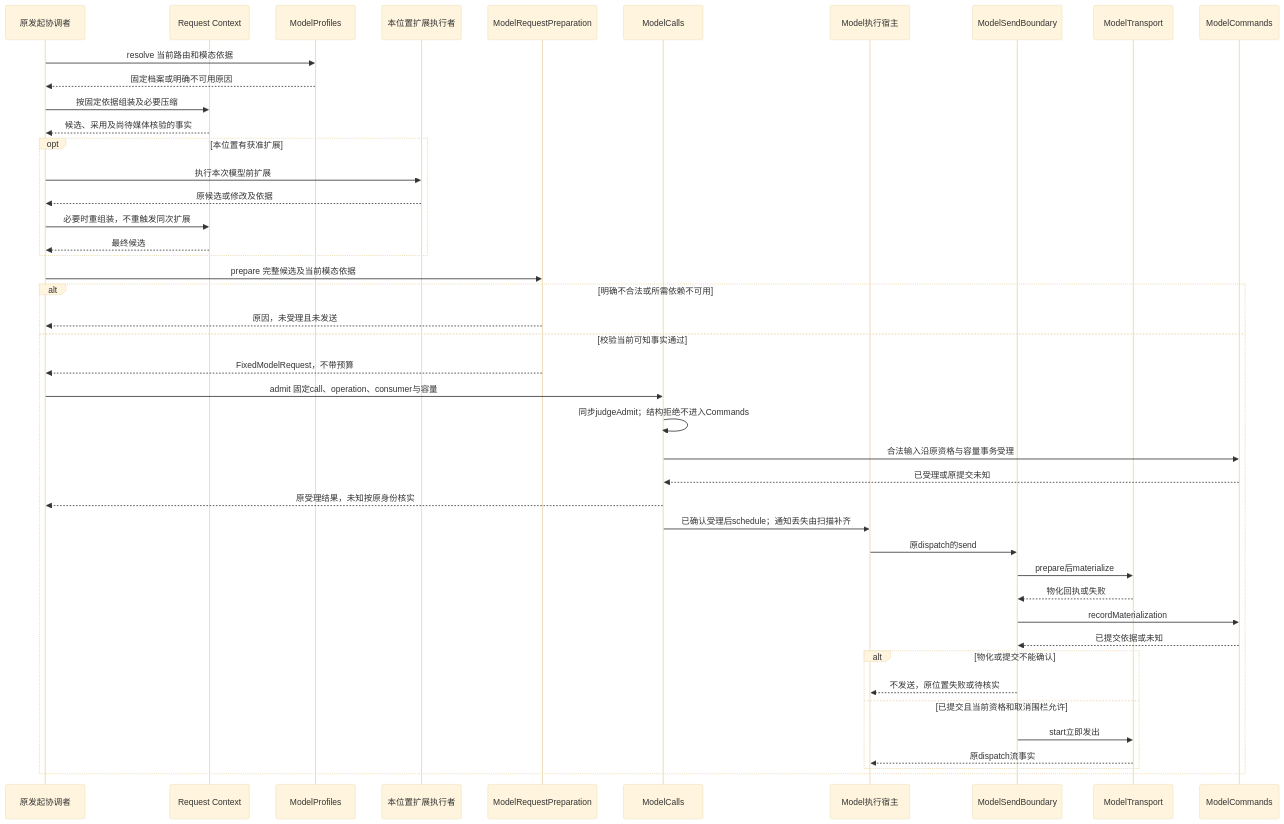
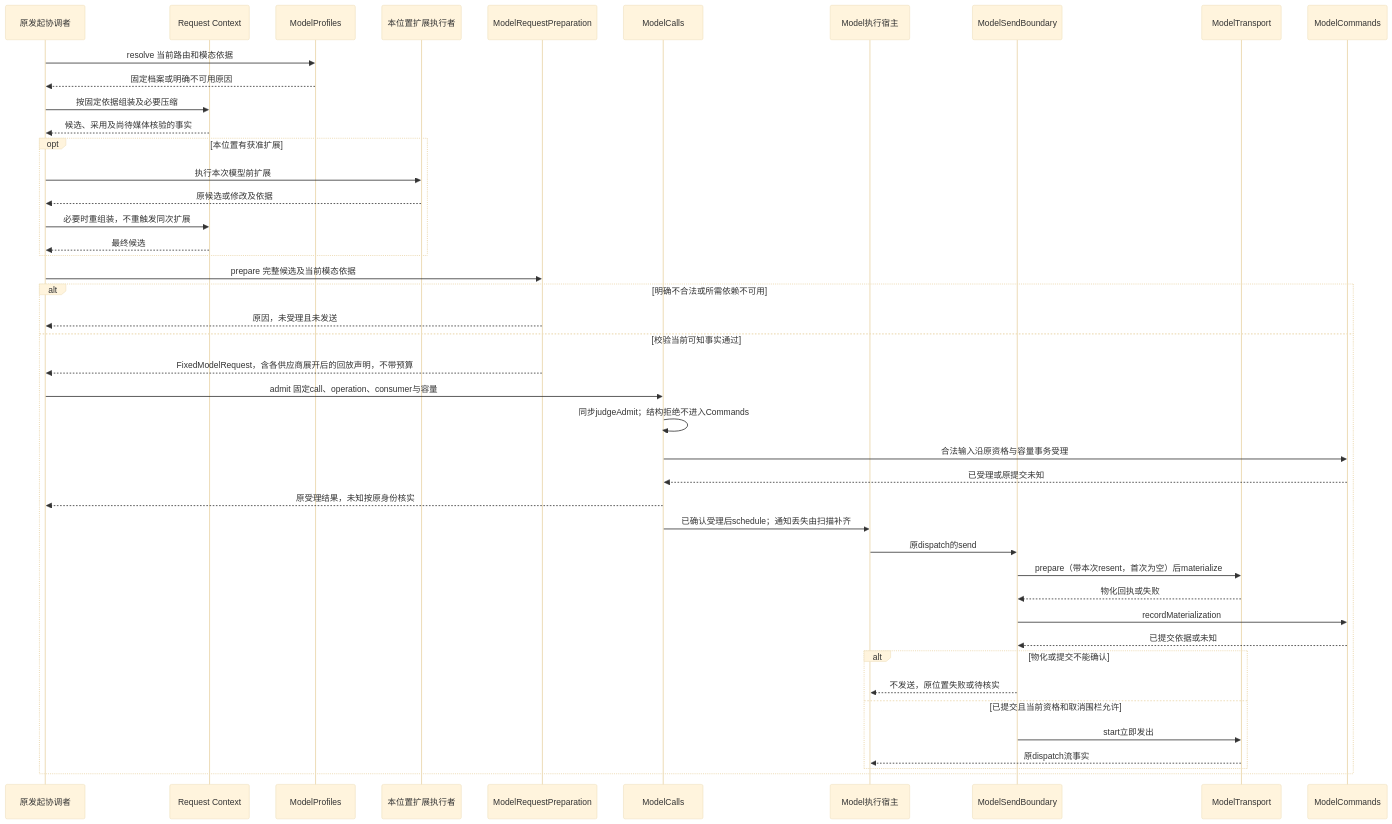
Before and after one commit to nemori-ai/omne-harness-lite: the eighth of 16 diagrams in packages/model/model/docs/flows.md, drawn with Mermaid (base theme). The commit also changed other lines of this file and 7 other files, not shown here.

````diff
--- a/packages/model/model/docs/flows.md
+++ b/packages/model/model/docs/flows.md
@@ -351,46 +354,46 @@
 ```mermaid
 sequenceDiagram
   participant F as 原发起协调者
   participant C as Request Context
   participant P as ModelProfiles
   participant X as 本位置扩展执行者
   participant V as ModelRequestPreparation
   participant R as ModelCalls
   participant H as Model执行宿主
   participant S as ModelSendBoundary
   participant T as ModelTransport
   participant D as ModelCommands
   F->>P: resolve 当前路由和模态依据
   P-->>F: 固定档案或明确不可用原因
   F->>C: 按固定依据组装及必要压缩
   C-->>F: 候选、采用及尚待媒体核验的事实
   opt 本位置有获准扩展
     F->>X: 执行本次模型前扩展
     X-->>F: 原候选或修改及依据
     F->>C: 必要时重组装，不重触发同次扩展
     C-->>F: 最终候选
   end
   F->>V: prepare 完整候选及当前模态依据
   alt 明确不合法或所需依赖不可用
     V-->>F: 原因，未受理且未发送
   else 校验当前可知事实通过
-    V-->>F: FixedModelRequest，不带预算
+    V-->>F: FixedModelRequest，含各供应商展开后的回放声明，不带预算
     F->>R: admit 固定call、operation、consumer与容量
     R->>R: 同步judgeAdmit；结构拒绝不进入Commands
     R->>D: 合法输入沿原资格与容量事务受理
     D-->>R: 已受理或原提交未知
     R-->>F: 原受理结果，未知按原身份核实
     R->>H: 已确认受理后schedule；通知丢失由扫描补齐
     H->>S: 原dispatch的send
-    S->>T: prepare后materialize
+    S->>T: prepare（带本次resent，首次为空）后materialize
     T-->>S: 物化回执或失败
     S->>D: recordMaterialization
     D-->>S: 已提交依据或未知
     alt 物化或提交不能确认
       S-->>H: 不发送，原位置失败或待核实
     else 已提交且当前资格和取消围栏允许
       S->>T: start立即发出
       T-->>H: 原dispatch流事实
     end
   end
 ```
````
